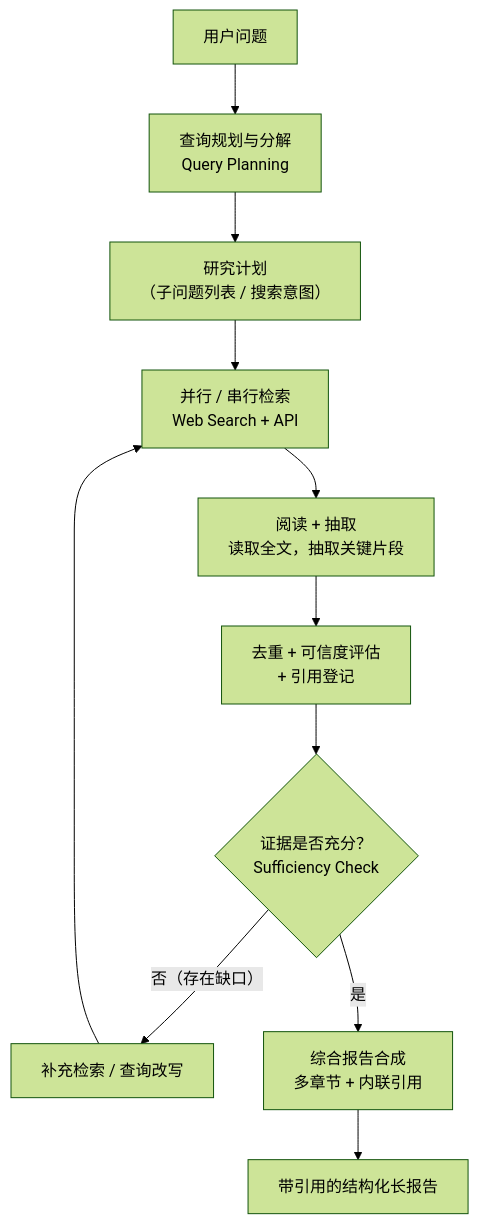
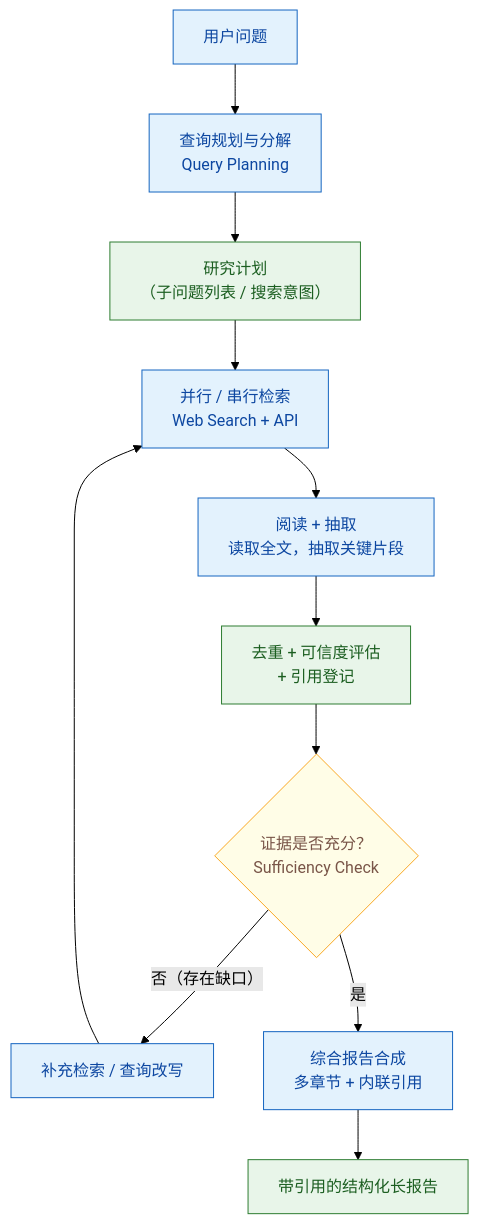
Before and after one commit to tahitimoon/Agent-Interview-100: the diagram in 01-agent-architecture/114-deep-research-agent.md, drawn with Mermaid (forest theme). The commit also changed other lines of this file and 93 other files, not shown here.

First line of the commit message:
🎨 全库配图落地：97 张 Mermaid 图 + 27 张数据表（按 docs/diagram-standards.md 标准）

````diff
--- a/01-agent-architecture/114-deep-research-agent.md
+++ b/01-agent-architecture/114-deep-research-agent.md
@@ -20,13 +20,19 @@
 ```mermaid
 flowchart TD
     A["用户问题"] --> B["查询规划与分解<br/>Query Planning"]
     B --> C["研究计划<br/>（子问题列表 / 搜索意图）"]
     C --> D["并行 / 串行检索<br/>Web Search + API"]
     D --> E["阅读 + 抽取<br/>读取全文，抽取关键片段"]
     E --> F["去重 + 可信度评估<br/>+ 引用登记"]
     F --> G{"证据是否充分？<br/>Sufficiency Check"}
     G -- "否（存在缺口）" --> H["补充检索 / 查询改写"]
     H --> D
     G -- "是" --> I["综合报告合成<br/>多章节 + 内联引用"]
     I --> J["带引用的结构化长报告"]
+    classDef proc fill:#e3f2fd,stroke:#1565c0,color:#0d47a1
+    classDef decision fill:#fffde7,stroke:#f9a825,color:#795548
+    classDef store fill:#e8f5e9,stroke:#2e7d32,color:#1b5e20
+    class A,B,D,E,H,I proc
+    class C,F,J store
+    class G decision
 ```
````
